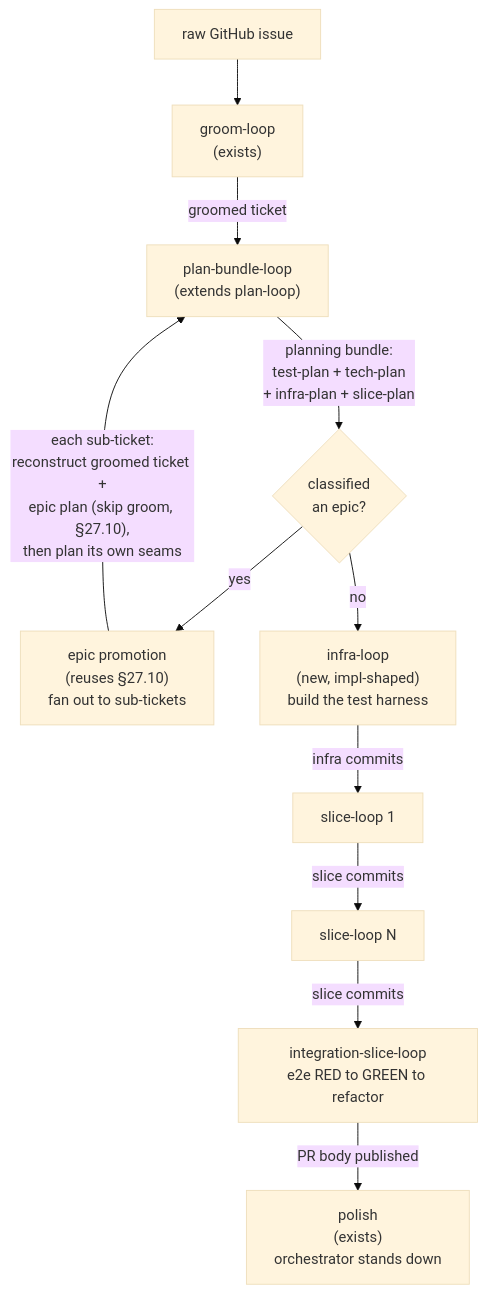
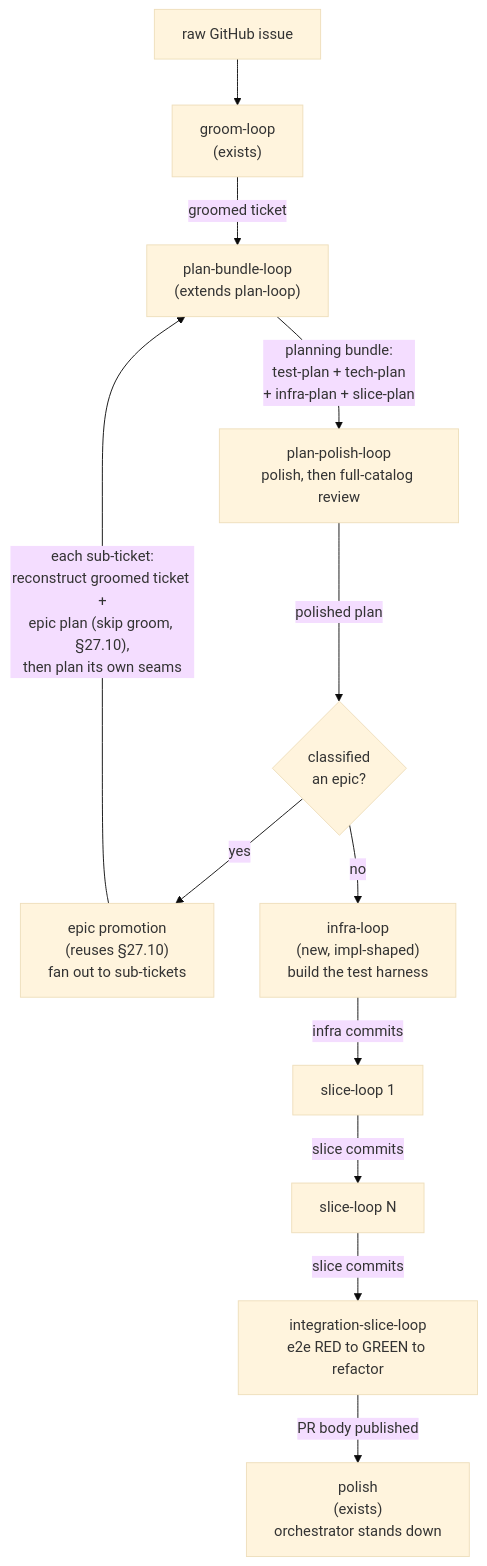
The first of 2 diagrams in docs/spec/28-the-full-tdd-development-process-a-chain-of-loops.md (dylanb/agent-terminal), drawn with Mermaid (base theme) before and after one commit. The commit also changed other lines of this file and 26 other files, not shown here.

Commit message:
loops(plan): polish the plan in its own loop — plan-bundle drafts and defers polish, plan-polish polishes and runs the full catalog (§28.8.1 amended, v2.172) [skip ci]

````diff
--- a/docs/spec/28-the-full-tdd-development-process-a-chain-of-loops.md
+++ b/docs/spec/28-the-full-tdd-development-process-a-chain-of-loops.md
@@ -22,13 +22,14 @@
 ```mermaid
 flowchart TD
   RAW["raw GitHub issue"] --> GROOM["groom-loop<br/>(exists)"]
   GROOM -->|"groomed ticket"| PLAN["plan-bundle-loop<br/>(extends plan-loop)"]
-  PLAN -->|"planning bundle:<br/>test-plan + tech-plan<br/>+ infra-plan + slice-plan"| EPICQ{"classified<br/>an epic?"}
+  PLAN -->|"planning bundle:<br/>test-plan + tech-plan<br/>+ infra-plan + slice-plan"| PPOLISH["plan-polish-loop<br/>polish, then full-catalog review"]
+  PPOLISH -->|"polished plan"| EPICQ{"classified<br/>an epic?"}
   EPICQ -->|"yes"| PROMO["epic promotion<br/>(reuses §27.10)<br/>fan out to sub-tickets"]
   PROMO -->|"each sub-ticket:<br/>reconstruct groomed ticket +<br/>epic plan (skip groom, §27.10),<br/>then plan its own seams"| PLAN
   EPICQ -->|"no"| INFRA["infra-loop<br/>(new, impl-shaped)<br/>build the test harness"]
   INFRA -->|"infra commits"| SLICE1["slice-loop 1"]
   SLICE1 -->|"slice commits"| SLICEN["slice-loop N"]
   SLICEN -->|"slice commits"| INTEG["integration-slice-loop<br/>e2e RED to GREEN to refactor"]
   INTEG -->|"PR body published"| POLISH["polish<br/>(exists)<br/>orchestrator stands down"]
 ```
````
